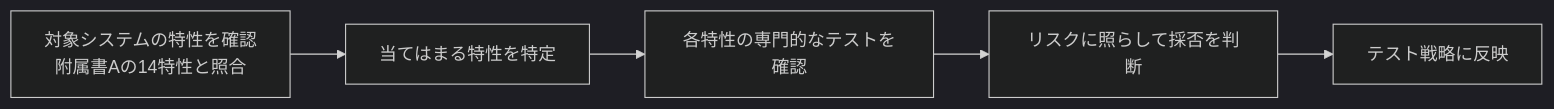
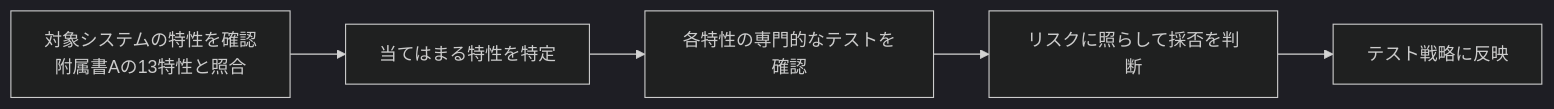
One commit to myoshi2891/Quality-Assurance-Studies changed diagram 17 of 18 in Iso-29119-1-2022-guide.md. Above: the diagram before and after it, drawn with Mermaid (dark theme). The commit also changed other lines of this file, not shown here.

````diff
--- a/Iso-29119-1-2022-guide.md
+++ b/Iso-29119-1-2022-guide.md
@@ -694,7 +693,7 @@
 ```mermaid
 flowchart LR
-    SC1["対象システムの特性を確認<br/>附属書Aの14特性と照合"] --> SC2["当てはまる特性を特定"]
+    SC1["対象システムの特性を確認<br/>附属書Aの13特性と照合"] --> SC2["当てはまる特性を特定"]
     SC2 --> SC3["各特性の専門的なテストを確認"]
     SC3 --> SC4["リスクに照らして採否を判断"]
     SC4 --> SC5["テスト戦略に反映"]
 ```
````
